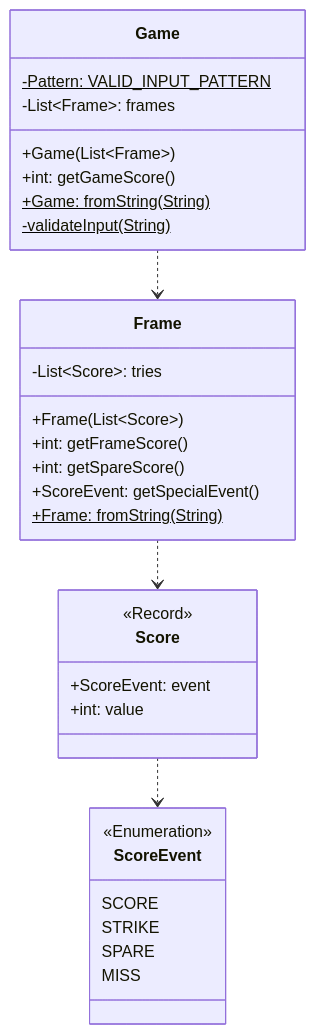
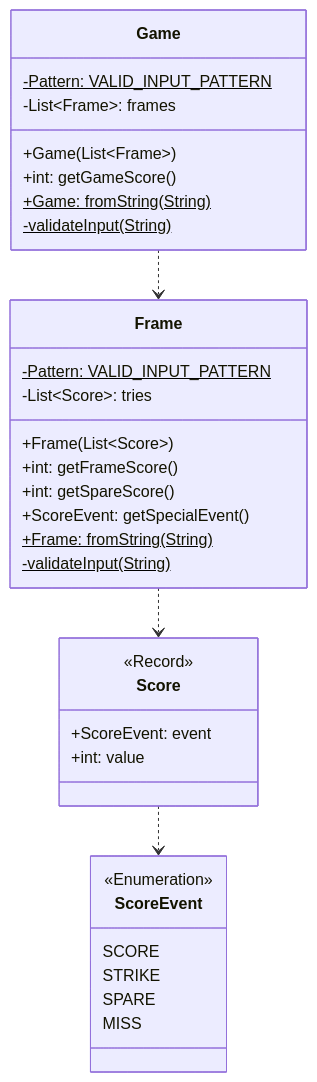
The diagram in README.md (afreestone/cc-bowling-scorer), drawn with Mermaid before and after one commit.

Commit message:
docs: Updated UML diagram

````diff
--- a/README.md
+++ b/README.md
@@ -30,37 +30,39 @@
 ```mermaid
 classDiagram
     class Game {
         -Pattern: VALID_INPUT_PATTERN$
         -List~Frame~: frames
         +Game(List~Frame~)
         +int: getGameScore()
         +Game: fromString(String)$
         -validateInput(String)$
     }
     
     class Frame {
+        -Pattern: VALID_INPUT_PATTERN$
         -List~Score~: tries
         +Frame(List~Score~)
         +int: getFrameScore()
         +int: getSpareScore()
         +ScoreEvent: getSpecialEvent()   
         +Frame: fromString(String)$
+        -validateInput(String)$
     }
     
     class Score {
         <<Record>>
         +ScoreEvent: event
         +int: value
     }
     
     class ScoreEvent {
         <<Enumeration>>
         SCORE
         STRIKE
         SPARE
         MISS
     }
     Score ..> ScoreEvent
     Frame ..> Score
     Game ..> Frame
 ```
````
